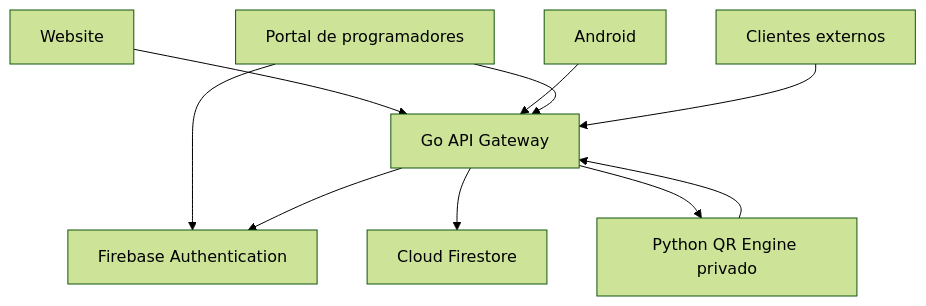
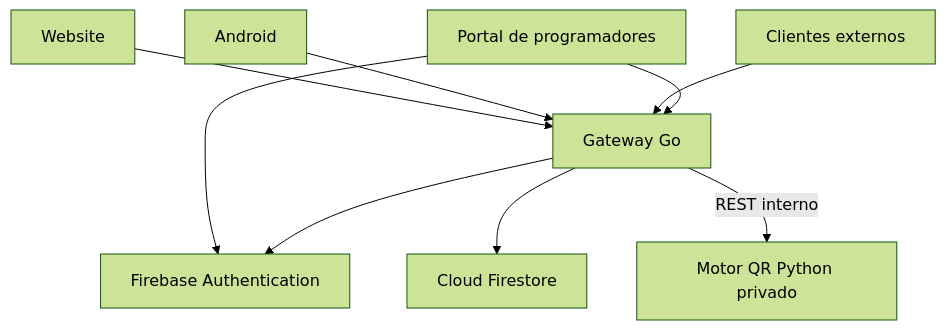
The diagram in README.md (elrayn96/qrcode_generator), drawn with Mermaid (forest theme) before and after one commit. The commit also changed other lines of this file, not shown here.

````diff
--- a/README.md
+++ b/README.md
@@ -26,12 +29,11 @@
 ```mermaid
 flowchart TD
-    W[Website] --> G[Go API Gateway]
+    W[Website] --> G[Gateway Go]
     A[Android] --> G
+    E[Clientes externos] --> G
     D[Portal de programadores] --> G
-    E[Clientes externos] --> G
     D --> F[Firebase Authentication]
     G --> F
     G --> DB[Cloud Firestore]
-    G --> P[Python QR Engine privado]
-    P --> G
+    G -->|REST interno| P[Motor QR Python privado]
 ```
````
